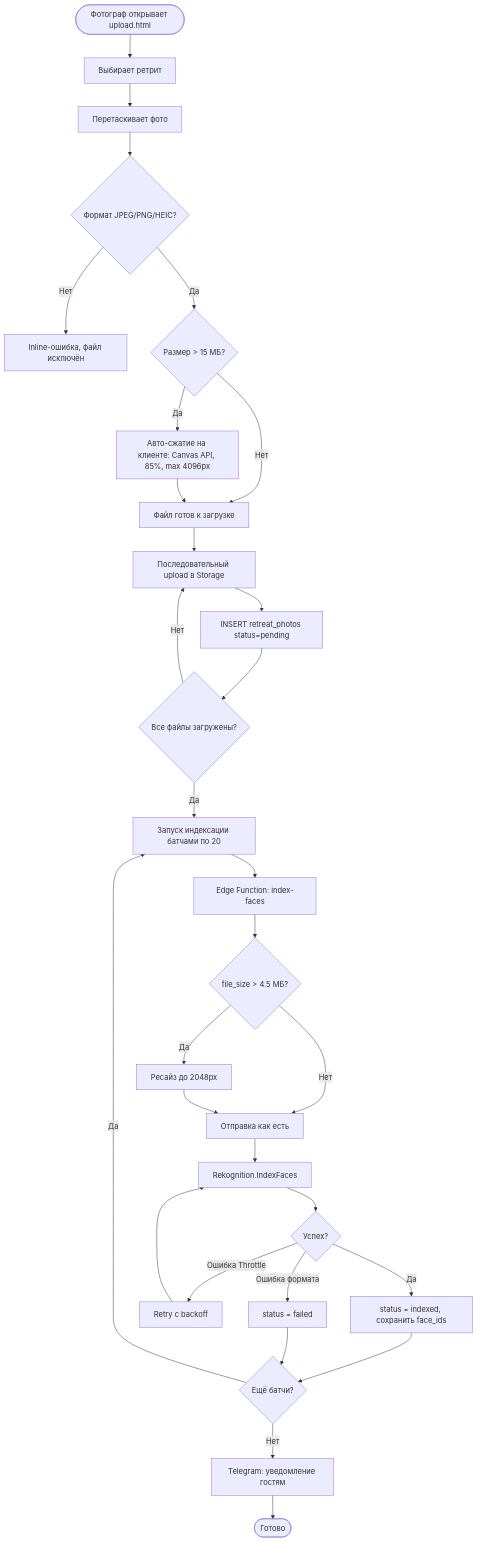
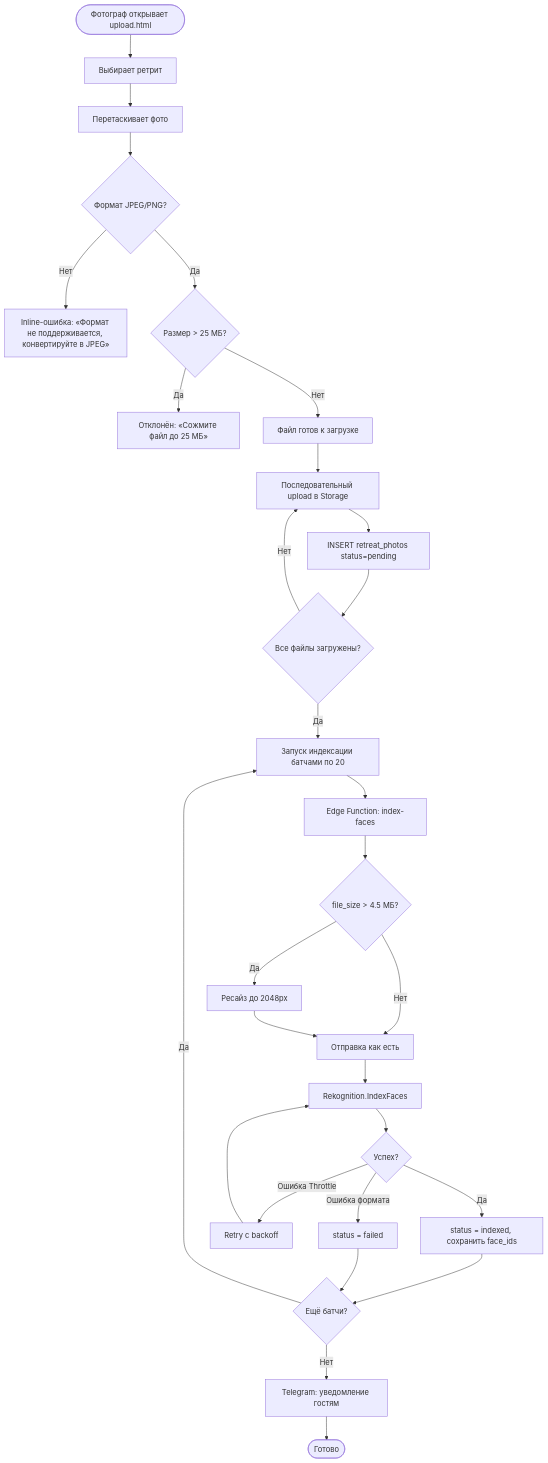
One commit to echestnykh/srsk-1 changed the first of 3 diagrams in docs/photo-gallery-feature-spec.md. Above: the diagram before and after it, drawn with Mermaid. The commit also changed other lines of this file, not shown here.

First line of the commit message:
Фото-галерея v1.6: убран HEIC, авто-сжатие, Telegram из готового проекта

````diff
--- a/docs/photo-gallery-feature-spec.md
+++ b/docs/photo-gallery-feature-spec.md
@@ -327,32 +327,31 @@
 ```mermaid
 flowchart TD
     A([Фотограф открывает upload.html]) --> B[Выбирает ретрит]
     B --> C[Перетаскивает фото]
-    C --> D{Формат JPEG/PNG/HEIC?}
-    D -->|Нет| F[Inline-ошибка, файл исключён]
-    D -->|Да| D2{Размер > 15 МБ?}
-    D2 -->|Да| D3[Авто-сжатие на клиенте: Canvas API, 85%, max 4096px]
+    C --> D{Формат JPEG/PNG?}
+    D -->|Нет| F[Inline-ошибка: «Формат не поддерживается, конвертируйте в JPEG»]
+    D -->|Да| D2{Размер > 25 МБ?}
+    D2 -->|Да| D3[Отклонён: «Сожмите файл до 25 МБ»]
     D2 -->|Нет| E[Файл готов к загрузке]
-    D3 --> E
     E --> G[Последовательный upload в Storage]
     G --> H[INSERT retreat_photos status=pending]
     H --> I{Все файлы загружены?}
     I -->|Нет| G
     I -->|Да| J[Запуск индексации батчами по 20]
     J --> K[Edge Function: index-faces]
     K --> L{file_size > 4.5 МБ?}
     L -->|Да| M[Ресайз до 2048px]
     L -->|Нет| N[Отправка как есть]
     M --> N
     N --> O[Rekognition.IndexFaces]
     O --> P{Успех?}
     P -->|Да| Q[status = indexed, сохранить face_ids]
     P -->|Ошибка Throttle| R[Retry с backoff]
     R --> O
     P -->|Ошибка формата| S[status = failed]
     Q --> T{Ещё батчи?}
     S --> T
     T -->|Да| J
     T -->|Нет| U[Telegram: уведомление гостям]
     U --> V([Готово])
 ```
````
